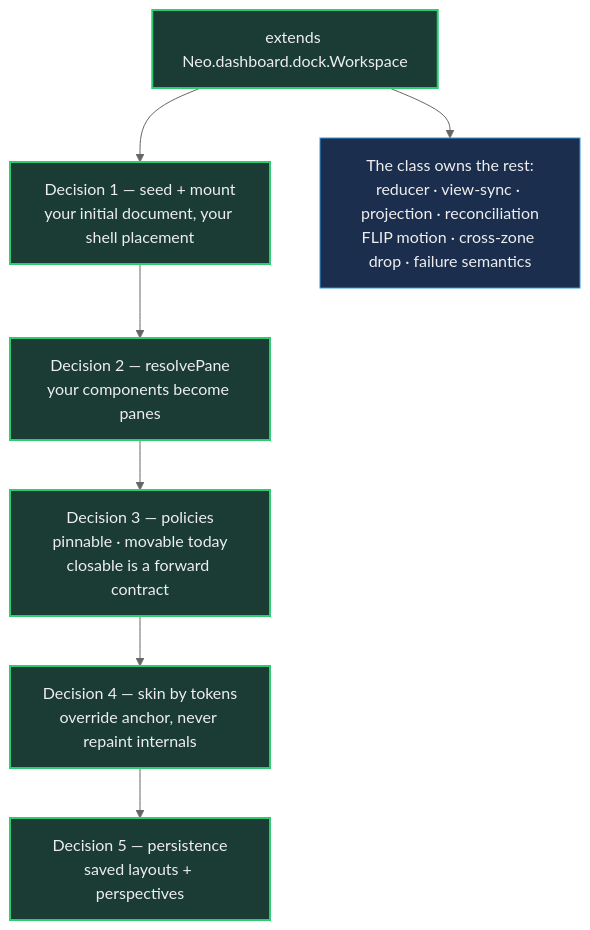
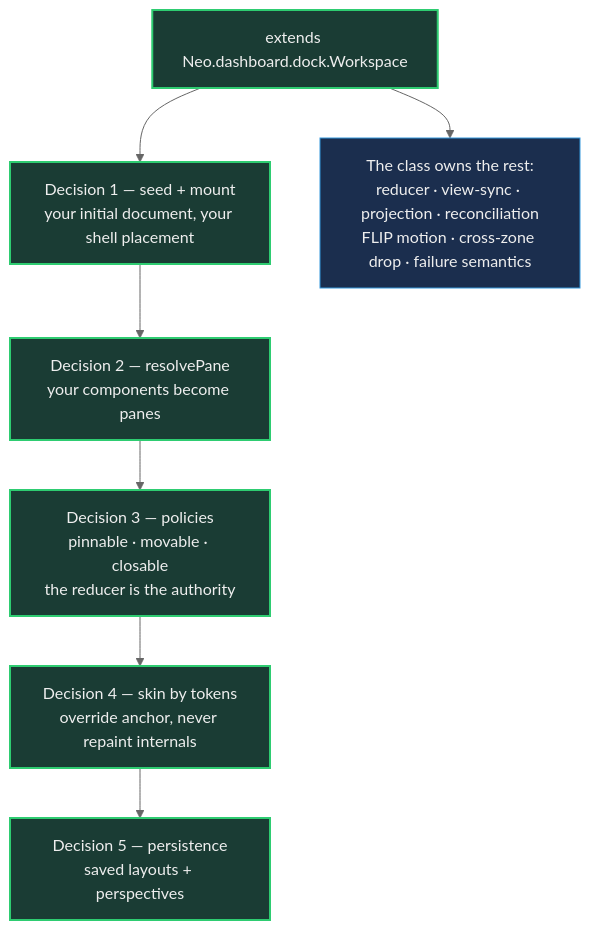
Before and after one commit to neomjs/neo: the diagram in learn/guides/uibuildingblocks/DockLayoutsAdoption.md, drawn with Mermaid (neutral theme). The commit also changed other lines of this file and 4 other files, not shown here.

````diff
--- a/learn/guides/uibuildingblocks/DockLayoutsAdoption.md
+++ b/learn/guides/uibuildingblocks/DockLayoutsAdoption.md
@@ -19,17 +19,17 @@
 ```mermaid
 flowchart TD
     classDef yours fill:#1a3c34,stroke:#2ecc71,stroke-width:2px,color:#eee
     classDef engine fill:#1b2e4e,stroke:#3498db,stroke-width:1px,color:#eee
 
     Extend["extends Neo.dashboard.dock.Workspace"]:::yours
     Seed["Decision 1 — seed + mount<br/>your initial document, your shell placement"]:::yours
     Panes["Decision 2 — resolvePane<br/>your components become panes"]:::yours
-    Policy["Decision 3 — policies<br/>pinnable · movable today<br/>closable is a forward contract"]:::yours
+    Policy["Decision 3 — policies<br/>pinnable · movable · closable<br/>the reducer is the authority"]:::yours
     Skin["Decision 4 — skin by tokens<br/>override anchor, never repaint internals"]:::yours
     Persist["Decision 5 — persistence<br/>saved layouts + perspectives"]:::yours
 
     EngineOwns["The class owns the rest:<br/>reducer · view-sync · projection · reconciliation<br/>FLIP motion · cross-zone drop · failure semantics"]:::engine
 
     Extend --> Seed --> Panes --> Policy --> Skin --> Persist
     Extend --> EngineOwns
 ```
````
